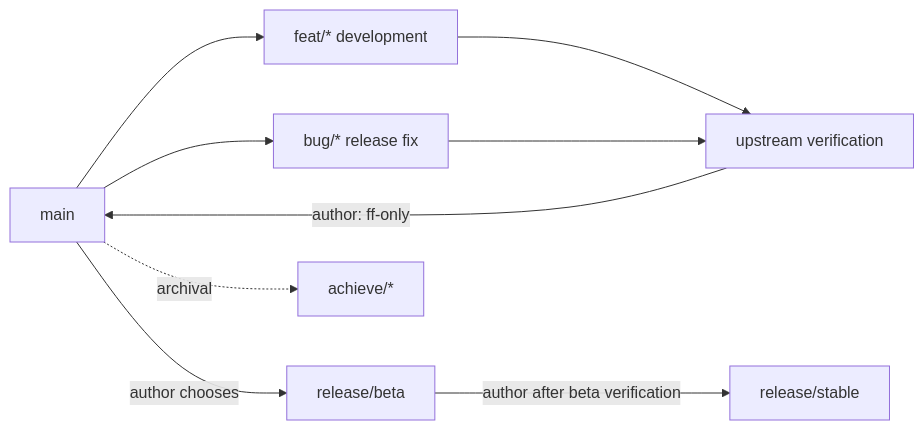
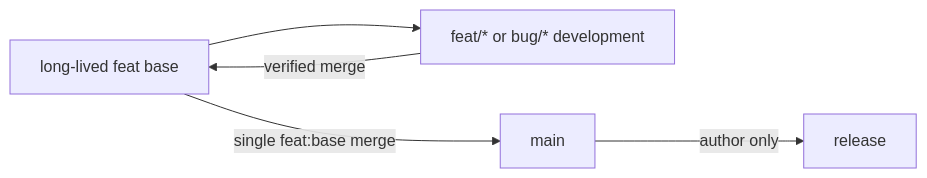
One commit to MashiroKai/Nebflow changed the diagram in CONTRIBUTING.md. Above: the diagram before and after it, drawn with Mermaid. The commit also changed other lines of this file, not shown here.

Commit message:
Document feat base branch development flow

````diff
--- a/CONTRIBUTING.md
+++ b/CONTRIBUTING.md
@@ -90,11 +84,7 @@
 ```mermaid
 flowchart LR
-  M[main] --> F[feat/* development]
-  M --> B[bug/* release fix]
-  F --> V[upstream verification]
-  B --> V
-  V -->|author: ff-only| M
-  M -->|author chooses| RB[release/beta]
-  RB -->|author after beta verification| RS[release/stable]
-  M -. archival .-> A[achieve/*]
+  B[long-lived feat base] --> D[feat/* or bug/* development]
+  D -->|verified merge| B
+  B -->|single feat:base merge| M[main]
+  M -->|author only| R[release]
 ```
````
